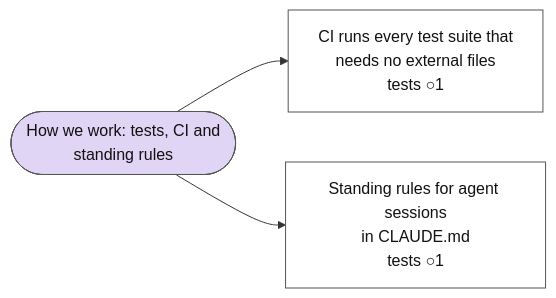
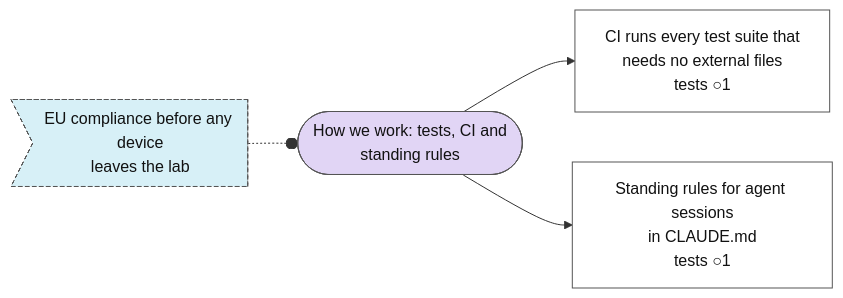
Before and after one commit to Sigurius23/Rehab-agent: the seventh of 7 diagrams in plan/MAP.md, drawn with Mermaid. The commit also changed other lines of this file and 30 other files, not shown here.

````diff
--- a/plan/MAP.md
+++ b/plan/MAP.md
@@ -388,27 +418,29 @@
 ```mermaid
 flowchart LR
   n0(["How we work: tests, CI and<br/>standing rules"]):::goal_open
-  n1["CI runs every test suite that<br/>needs no external files<br/>tests ○1"]:::step_open
-  n2["Standing rules for agent sessions<br/>in CLAUDE.md<br/>tests ○1"]:::step_open
-  n0 --> n1
+  n1>"EU compliance before any device<br/>leaves the lab"]:::idea_new
+  n2["CI runs every test suite that<br/>needs no external files<br/>tests ○1"]:::step_open
+  n3["Standing rules for agent sessions<br/>in CLAUDE.md<br/>tests ○1"]:::step_open
+  n1 -.-o n0
   n0 --> n2
+  n0 --> n3
   classDef goal_open fill:#e1d5f5,stroke:#555,color:#111
   classDef goal_done fill:#c8e6c9,stroke:#555,color:#111
   classDef step_open fill:#ffffff,stroke:#555,color:#111
   classDef step_doing fill:#fff3c4,stroke:#555,color:#111
   classDef step_done fill:#c8e6c9,stroke:#555,color:#111
   classDef step_blocked fill:#ffe0b2,stroke:#555,color:#111
   classDef step_dropped fill:#eeeeee,stroke:#555,color:#111
   classDef test_planned fill:#ffffff,stroke:#555,color:#111
   classDef test_running fill:#fff3c4,stroke:#555,color:#111
   classDef test_passed fill:#c8e6c9,stroke:#555,color:#111
   classDef test_failed fill:#ffcdd2,stroke:#555,color:#111
   classDef test_mixed fill:#fff3c4,stroke:#555,color:#111
   classDef test_dropped fill:#eeeeee,stroke:#555,color:#111
   classDef idea_new fill:#d7f0f7,stroke:#555,color:#111,stroke-dasharray: 4 3
   classDef idea_promoted fill:#eeeeee,stroke:#555,color:#111,stroke-dasharray: 4 3
   classDef idea_dropped fill:#eeeeee,stroke:#555,color:#111,stroke-dasharray: 4 3
   classDef decision_open fill:#ffe0b2,stroke:#555,color:#111
   classDef decision_decided fill:#ffe0b2,stroke:#555,color:#111
   classDef external fill:#f5f5f5,stroke:#aaa,color:#777,stroke-dasharray: 2 2
 ```
````
